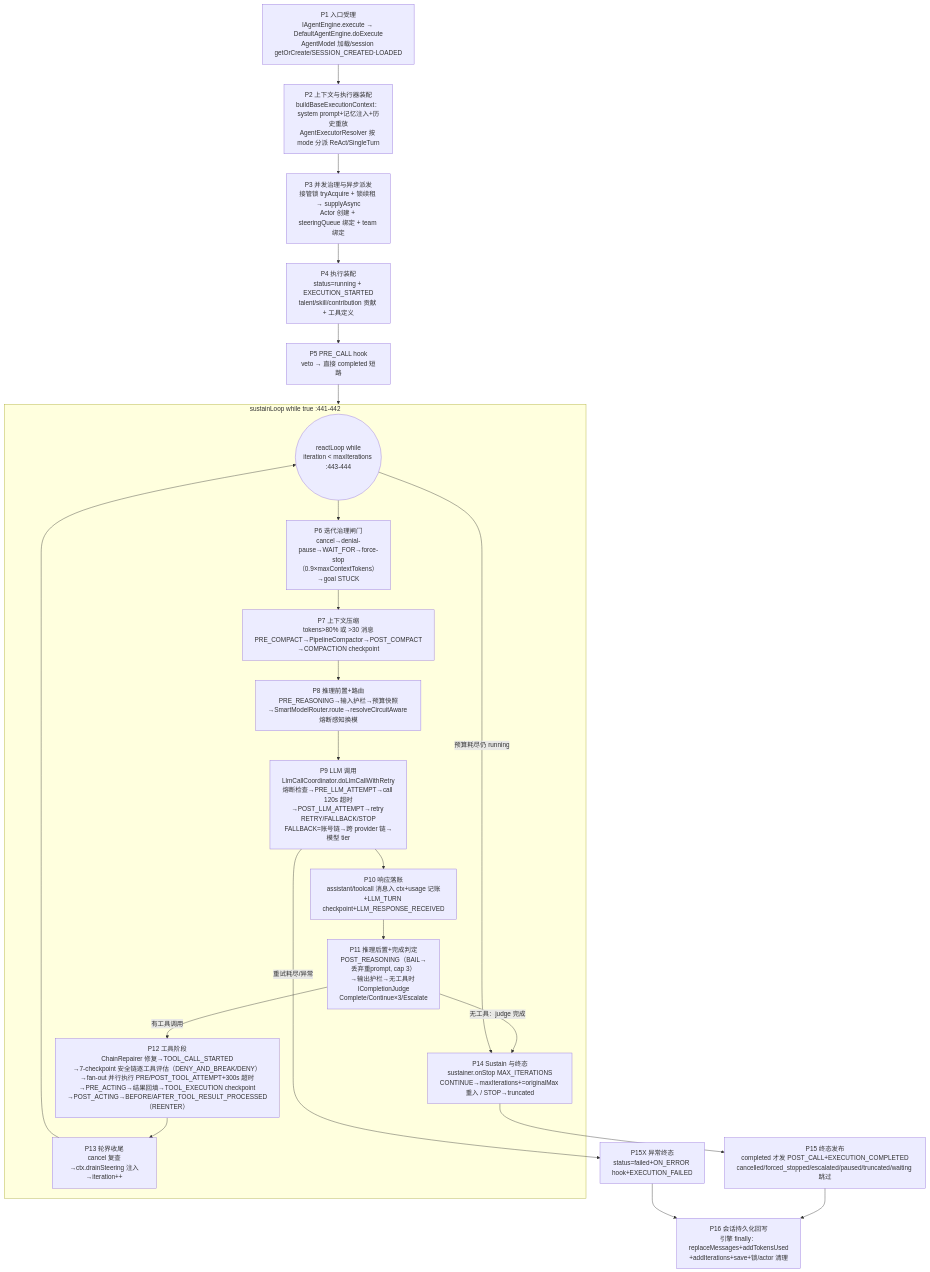
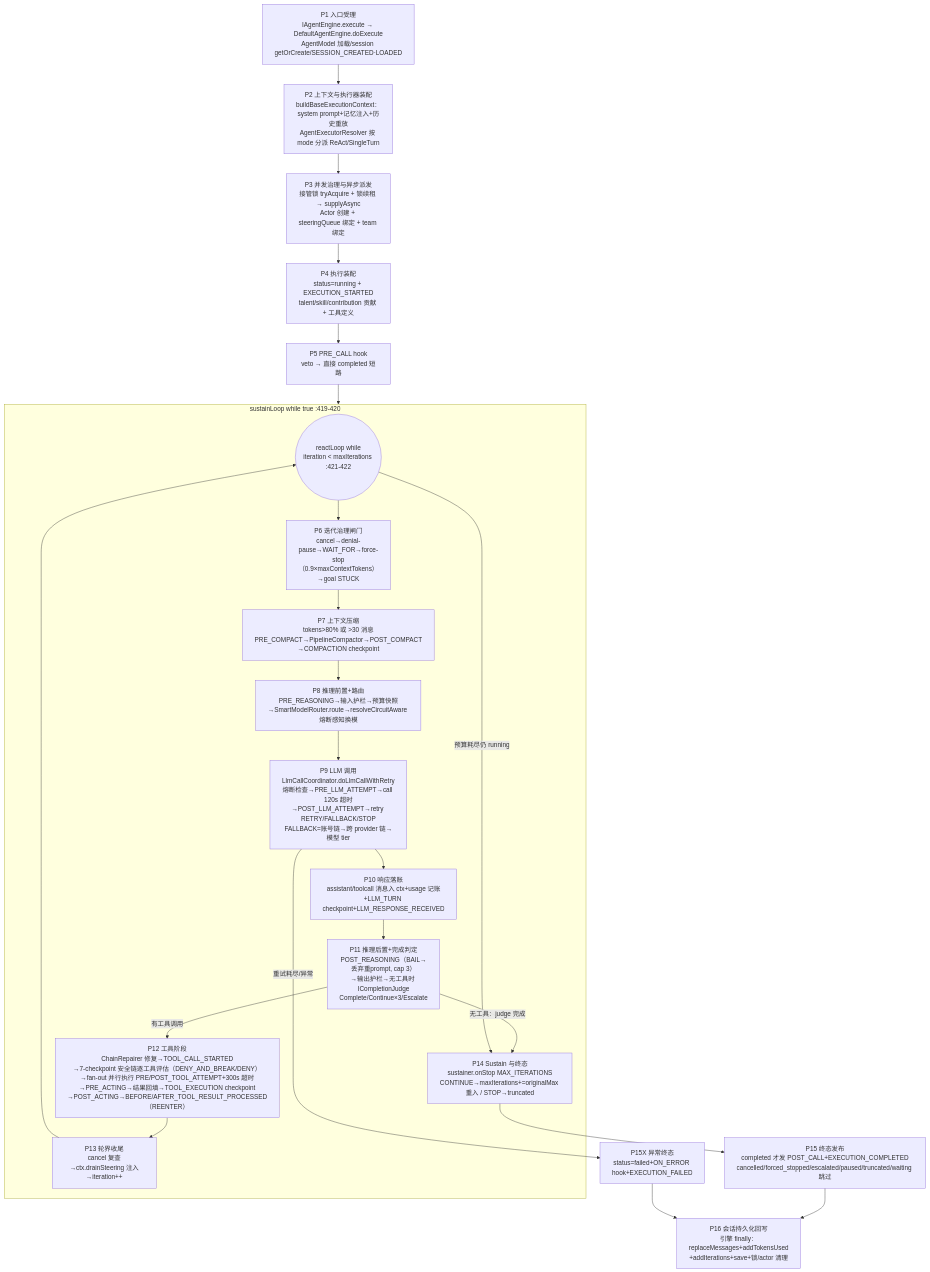
Before and after one commit to entropy-cloud/nop-entropy: the first of 3 diagrams in ai-dev/analysis/compare-agent-design/03-flow-agent-loop.md, drawn with Mermaid. The commit also changed other lines of this file and 14 other files, not shown here.

First line of the commit message:
docs(nop-ai-agent-design-comparison): plan-2026-09-14-1638 P2 分析产物锚点重钉与文档漂移修复收口——7 报告锚点重钉 + roadmap/plan 356/owner docs 修复 + closure audit

````diff
--- a/ai-dev/analysis/compare-agent-design/03-flow-agent-loop.md
+++ b/ai-dev/analysis/compare-agent-design/03-flow-agent-loop.md
@@ -26,26 +27,26 @@
 ```mermaid
 flowchart TD
     P1[P1 入口受理<br/>IAgentEngine.execute → DefaultAgentEngine.doExecute<br/>AgentModel 加载/session getOrCreate/SESSION_CREATED·LOADED] --> P2[P2 上下文与执行器装配<br/>buildBaseExecutionContext：system prompt+记忆注入+历史重放<br/>AgentExecutorResolver 按 mode 分派 ReAct/SingleTurn]
     P2 --> P3[P3 并发治理与异步派发<br/>接管锁 tryAcquire + 锁续租 → supplyAsync<br/>Actor 创建 + steeringQueue 绑定 + team 绑定]
     P3 --> P4[P4 执行装配<br/>status=running + EXECUTION_STARTED<br/>talent/skill/contribution 贡献 + 工具定义]
     P4 --> P5[P5 PRE_CALL hook<br/>veto → 直接 completed 短路]
     P5 --> LOOP
 
-    subgraph LOOP [sustainLoop while true :441-442]
-        LOOP0((reactLoop while<br/>iteration < maxIterations :443-444)) --> P6
+    subgraph LOOP [sustainLoop while true :419-420]
+        LOOP0((reactLoop while<br/>iteration < maxIterations :421-422)) --> P6
         P6[P6 迭代治理闸门<br/>cancel→denial-pause→WAIT_FOR→force-stop<br/>（0.9×maxContextTokens）→goal STUCK] --> P7[P7 上下文压缩<br/>tokens>80% 或 >30 消息<br/>PRE_COMPACT→PipelineCompactor→POST_COMPACT<br/>→COMPACTION checkpoint]
         P7 --> P8[P8 推理前置+路由<br/>PRE_REASONING→输入护栏→预算快照<br/>→SmartModelRouter.route→resolveCircuitAware 熔断感知换模]
         P8 --> P9[P9 LLM 调用<br/>LlmCallCoordinator.doLlmCallWithRetry<br/>熔断检查→PRE_LLM_ATTEMPT→call 120s 超时<br/>→POST_LLM_ATTEMPT→retry RETRY/FALLBACK/STOP<br/>FALLBACK=账号链→跨 provider 链→模型 tier]
         P9 --> P10[P10 响应落账<br/>assistant/toolcall 消息入 ctx+usage 记账<br/>+LLM_TURN checkpoint+LLM_RESPONSE_RECEIVED]
         P10 --> P11[P11 推理后置+完成判定<br/>POST_REASONING（BAIL→丢弃重prompt, cap 3）<br/>→输出护栏→无工具时 ICompletionJudge<br/>Complete/Continue×3/Escalate]
         P11 -->|有工具调用| P12[P12 工具阶段<br/>ChainRepairer 修复→TOOL_CALL_STARTED<br/>→7-checkpoint 安全链逐工具评估（DENY_AND_BREAK/DENY）<br/>→fan-out 并行执行 PRE/POST_TOOL_ATTEMPT+300s 超时<br/>→PRE_ACTING→结果回填→TOOL_EXECUTION checkpoint<br/>→POST_ACTING→BEFORE/AFTER_TOOL_RESULT_PROCESSED（REENTER）]
         P12 --> P13[P13 轮界收尾<br/>cancel 复查→ctx.drainSteering 注入→iteration++]
         P13 --> LOOP0
         P11 -->|无工具：judge 完成| P14
         LOOP0 -->|预算耗尽仍 running| P14[P14 Sustain 与终态<br/>sustainer.onStop MAX_ITERATIONS<br/>CONTINUE→maxIterations+=originalMax 重入 / STOP→truncated]
     end
     P14 --> P15[P15 终态发布<br/>completed 才发 POST_CALL+EXECUTION_COMPLETED<br/>cancelled/forced_stopped/escalated/paused/truncated/waiting 跳过]
     P15 --> P16[P16 会话持久化回写<br/>引擎 finally：replaceMessages+addTokensUsed<br/>+addIterations+save+锁/actor 清理]
     P9 -->|重试耗尽/异常| P15X[P15X 异常终态<br/>status=failed+ON_ERROR hook+EXECUTION_FAILED]
     P15X --> P16
 ```
````
